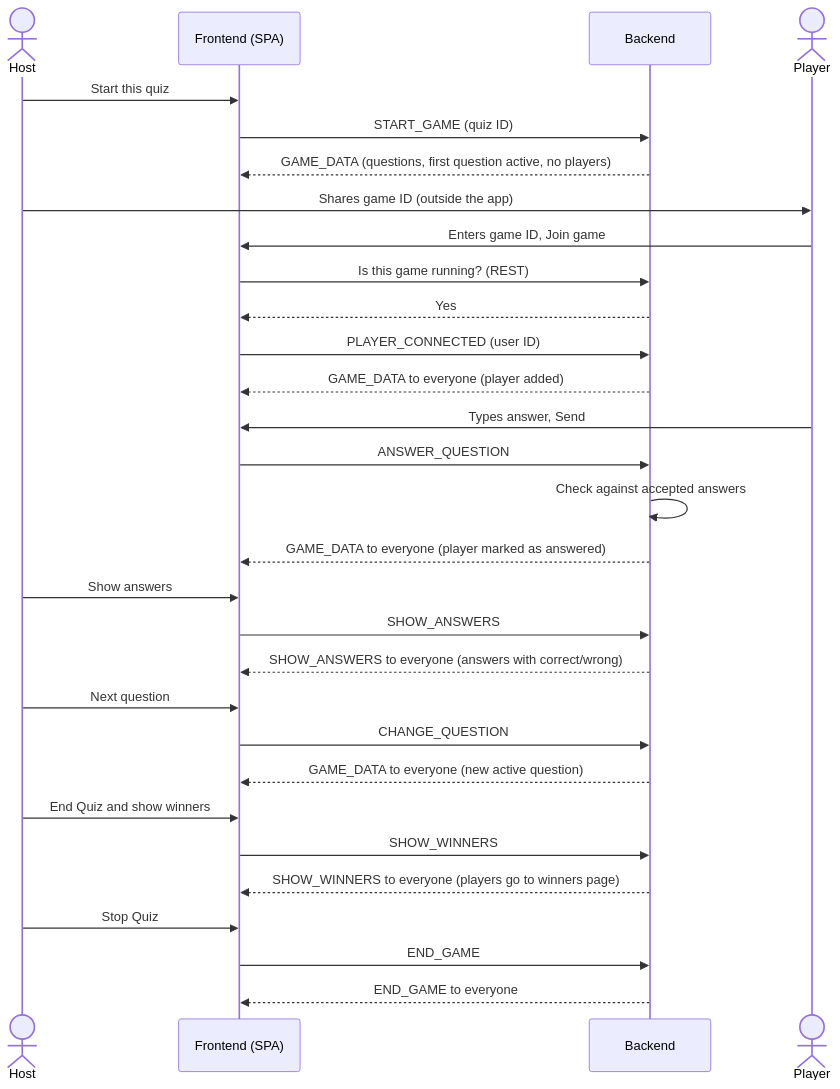
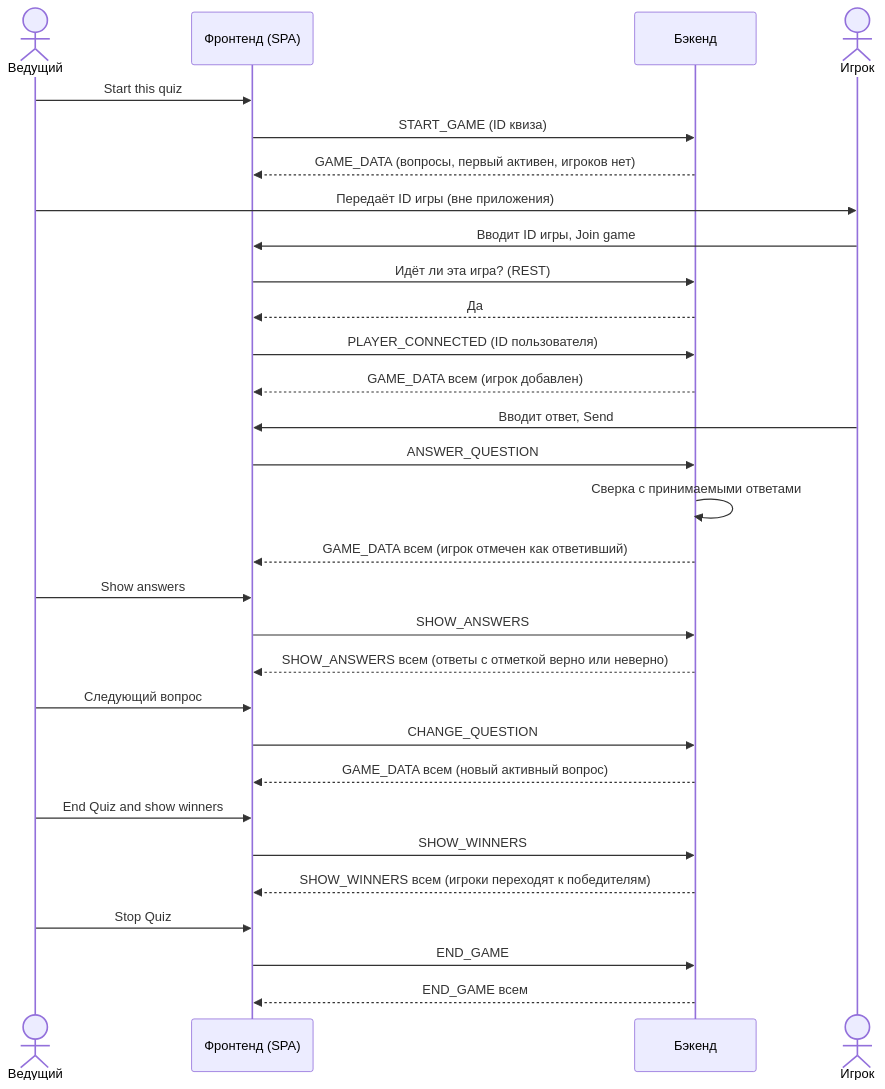
One commit to m5production/clone-kahoot-docs changed the second of 2 diagrams in docs/06-live-game-flow.md. Above: the diagram before and after it, drawn with Mermaid. The commit also changed other lines of this file and 8 other files, not shown here.

````diff
--- a/docs/06-live-game-flow.md
+++ b/docs/06-live-game-flow.md
@@ -21,33 +23,33 @@
 ```mermaid
 sequenceDiagram
-    actor Host
-    participant FE as Frontend (SPA)
-    participant BE as Backend
-    actor Player
+    actor Host as Ведущий
+    participant FE as Фронтенд (SPA)
+    participant BE as Бэкенд
+    actor Player as Игрок
 
     Host->>FE: Start this quiz
-    FE->>BE: START_GAME (quiz ID)
-    BE-->>FE: GAME_DATA (questions, first question active, no players)
-    Host->>Player: Shares game ID (outside the app)
-    Player->>FE: Enters game ID, Join game
-    FE->>BE: Is this game running? (REST)
-    BE-->>FE: Yes
-    FE->>BE: PLAYER_CONNECTED (user ID)
-    BE-->>FE: GAME_DATA to everyone (player added)
-    Player->>FE: Types answer, Send
+    FE->>BE: START_GAME (ID квиза)
+    BE-->>FE: GAME_DATA (вопросы, первый активен, игроков нет)
+    Host->>Player: Передаёт ID игры (вне приложения)
+    Player->>FE: Вводит ID игры, Join game
+    FE->>BE: Идёт ли эта игра? (REST)
+    BE-->>FE: Да
+    FE->>BE: PLAYER_CONNECTED (ID пользователя)
+    BE-->>FE: GAME_DATA всем (игрок добавлен)
+    Player->>FE: Вводит ответ, Send
     FE->>BE: ANSWER_QUESTION
-    BE->>BE: Check against accepted answers
-    BE-->>FE: GAME_DATA to everyone (player marked as answered)
+    BE->>BE: Сверка с принимаемыми ответами
+    BE-->>FE: GAME_DATA всем (игрок отмечен как ответивший)
     Host->>FE: Show answers
     FE->>BE: SHOW_ANSWERS
-    BE-->>FE: SHOW_ANSWERS to everyone (answers with correct/wrong)
-    Host->>FE: Next question
+    BE-->>FE: SHOW_ANSWERS всем (ответы с отметкой верно или неверно)
+    Host->>FE: Следующий вопрос
     FE->>BE: CHANGE_QUESTION
-    BE-->>FE: GAME_DATA to everyone (new active question)
+    BE-->>FE: GAME_DATA всем (новый активный вопрос)
     Host->>FE: End Quiz and show winners
     FE->>BE: SHOW_WINNERS
-    BE-->>FE: SHOW_WINNERS to everyone (players go to winners page)
+    BE-->>FE: SHOW_WINNERS всем (игроки переходят к победителям)
     Host->>FE: Stop Quiz
     FE->>BE: END_GAME
-    BE-->>FE: END_GAME to everyone
+    BE-->>FE: END_GAME всем
 ```
````
